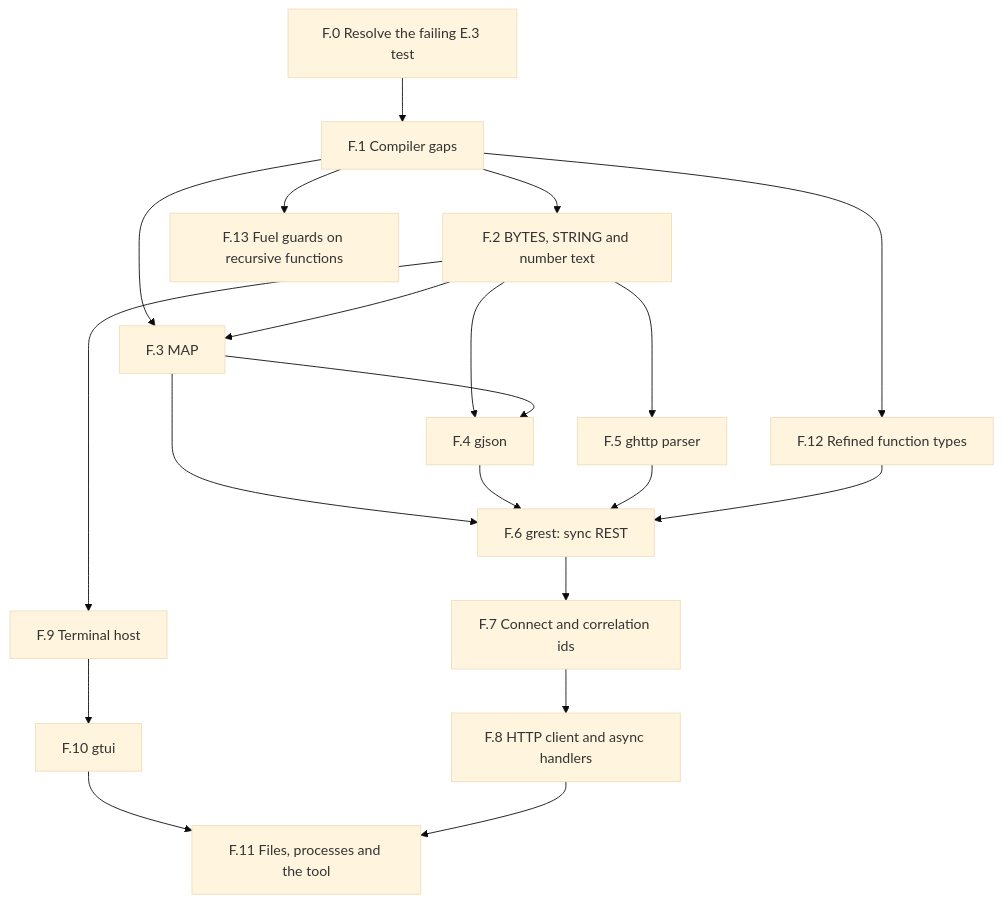
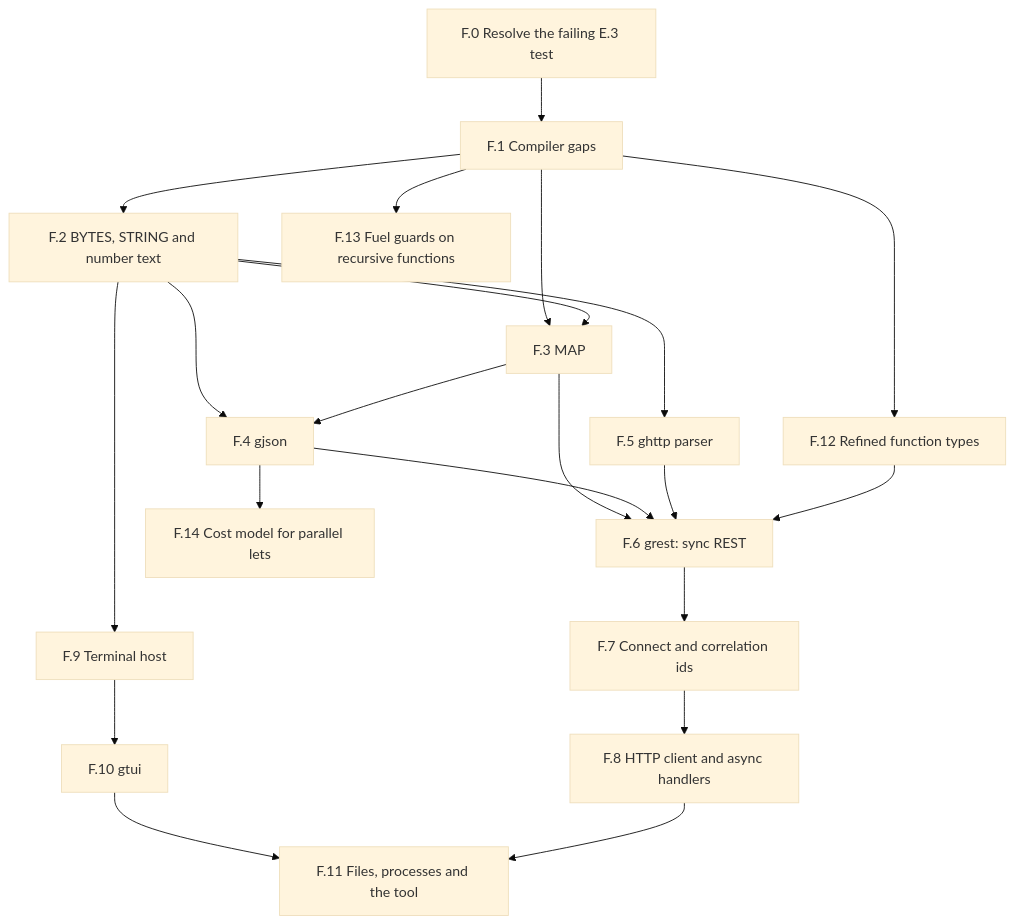
Before and after one commit to GardelPL/gardel: the diagram in plan/libraries/verified_libraries.md, drawn with Mermaid (base theme). The commit also changed other lines of this file and 21 other files, not shown here.

````diff
--- a/plan/libraries/verified_libraries.md
+++ b/plan/libraries/verified_libraries.md
@@ -54,29 +54,30 @@
 ```mermaid
 flowchart TD
     F0["F.0 Resolve the failing E.3 test"]
     F1["F.1 Compiler gaps"]
     F2["F.2 BYTES, STRING and number text"]
     F3["F.3 MAP"]
     F4["F.4 gjson"]
     F5["F.5 ghttp parser"]
     F6["F.6 grest: sync REST"]
     F7["F.7 Connect and correlation ids"]
     F8["F.8 HTTP client and async handlers"]
     F9["F.9 Terminal host"]
     F10["F.10 gtui"]
     F11["F.11 Files, processes and the tool"]
     F0 --> F1 --> F2
     F1 --> F3
     F2 --> F3
     F2 --> F4
     F2 --> F5
     F3 --> F4
     F3 --> F6
     F4 --> F6
     F5 --> F6
     F1 --> F12["F.12 Refined function types"] --> F6
     F1 --> F13["F.13 Fuel guards on recursive functions"]
+    F4 --> F14["F.14 Cost model for parallel lets"]
     F6 --> F7 --> F8
     F2 --> F9 --> F10 --> F11
     F8 --> F11
 ```
````
